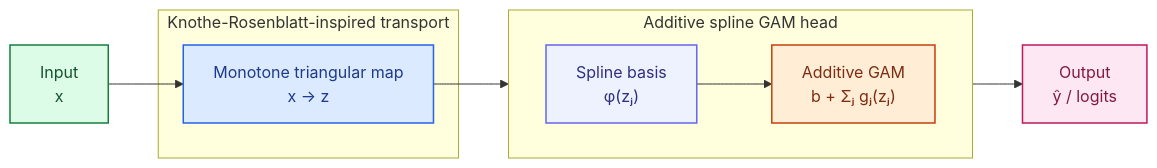
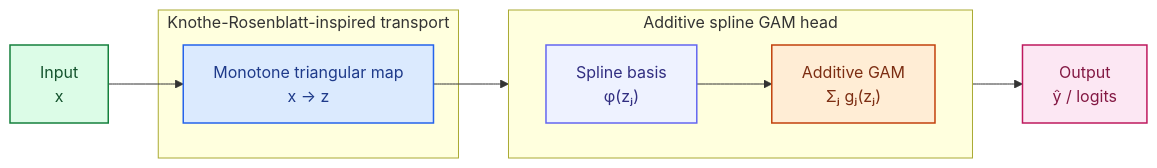
Before and after one commit to mcihann/KRAN: the diagram in README.md, drawn with Mermaid.

````diff
--- a/README.md
+++ b/README.md
@@ -14,33 +14,33 @@
 ```mermaid
 flowchart LR
     X["Input<br/>x"]
 
     subgraph KR["Knothe-Rosenblatt-inspired transport"]
         T["Monotone triangular map<br/>x → z"]
     end
 
     subgraph GAM["Additive spline GAM head"]
         direction LR
         S["Spline basis<br/>φ(zⱼ)"]
-        A["Additive GAM<br/>b + Σⱼ gⱼ(zⱼ)"]
+        A["Additive GAM<br/>Σⱼ gⱼ(zⱼ)"]
         S --> A
     end
 
     Y["Output<br/>ŷ / logits"]
 
     X --> T
     T --> S
     A --> Y
 
     classDef input fill:#DCFCE7,stroke:#15803D,color:#14532D,stroke-width:1.5px;
     classDef transport fill:#DBEAFE,stroke:#2563EB,color:#1E3A8A,stroke-width:1.5px;
     classDef spline fill:#EEF2FF,stroke:#6366F1,color:#312E81,stroke-width:1.5px;
     classDef additive fill:#FFEDD5,stroke:#C2410C,color:#7C2D12,stroke-width:1.5px;
     classDef output fill:#FCE7F3,stroke:#BE185D,color:#831843,stroke-width:1.5px;
 
     class X input;
     class T transport;
     class S spline;
     class A additive;
     class Y output;
 ```
````
